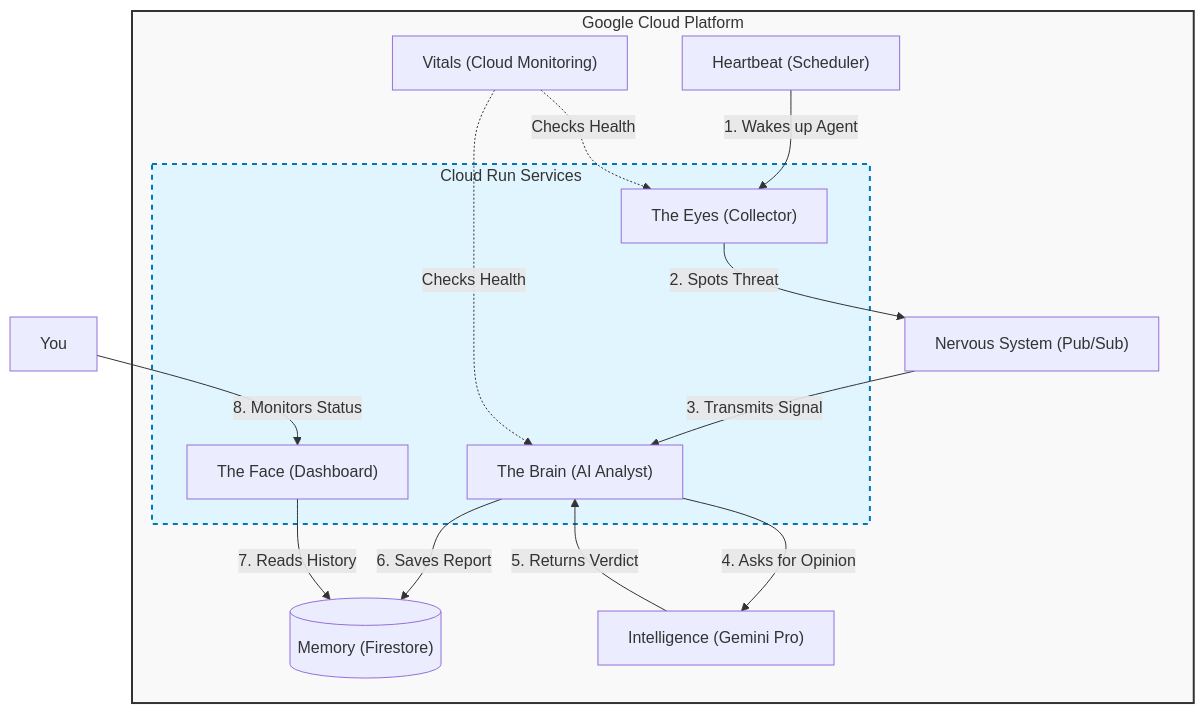
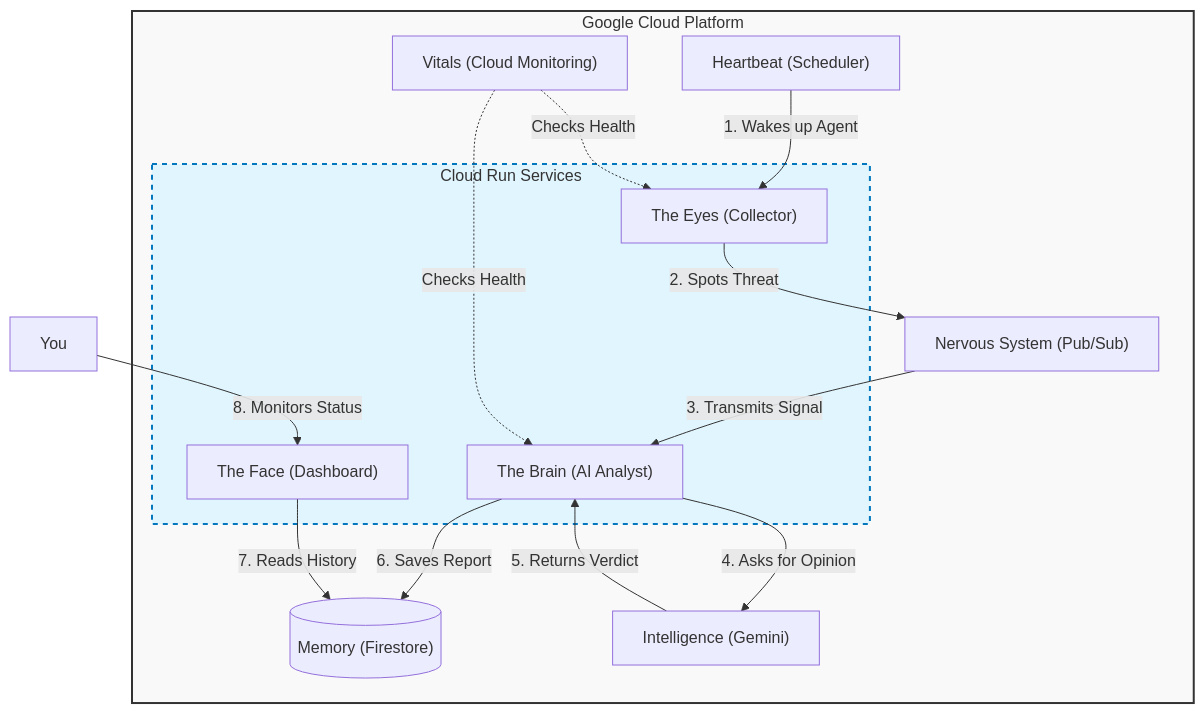
The diagram in README.md (ddroege6/Adaptive-Threat-Shadow), drawn with Mermaid before and after one commit. The commit also changed other lines of this file, not shown here.

````diff
--- a/README.md
+++ b/README.md
@@ -56,36 +56,36 @@
 ```mermaid
 graph TD
     subgraph GCP [Google Cloud Platform]
         style GCP fill:#f9f9f9,stroke:#333,stroke-width:2px
         
         Scheduler["Heartbeat (Scheduler)"]
         
         subgraph Microservices [Cloud Run Services]
             style Microservices fill:#e1f5fe,stroke:#0277bd,stroke-width:2px,stroke-dasharray: 5 5
             Collector["The Eyes (Collector)"]
             Analyst["The Brain (AI Analyst)"]
             Dashboard["The Face (Dashboard)"]
         end
         
         PubSub["Nervous System (Pub/Sub)"]
         Firestore[("Memory (Firestore)")]
-        Vertex["Intelligence (Gemini Pro)"]
+        Vertex["Intelligence (Gemini)"]
         Monitoring["Vitals (Cloud Monitoring)"]
     end
 
     User[" You"]
 
     %% Data Flow
     Scheduler -->|1. Wakes up Agent| Collector
     Collector -->|2. Spots Threat| PubSub
     PubSub -->|3. Transmits Signal| Analyst
     Analyst -->|4. Asks for Opinion| Vertex
     Vertex -->|5. Returns Verdict| Analyst
     Analyst -->|6. Saves Report| Firestore
     Monitoring -.->|Checks Health| Collector
     Monitoring -.->|Checks Health| Analyst
     
     %% Dashboard Flow
     Dashboard -->|7. Reads History| Firestore
     User -->|8. Monitors Status| Dashboard
 ```
````
